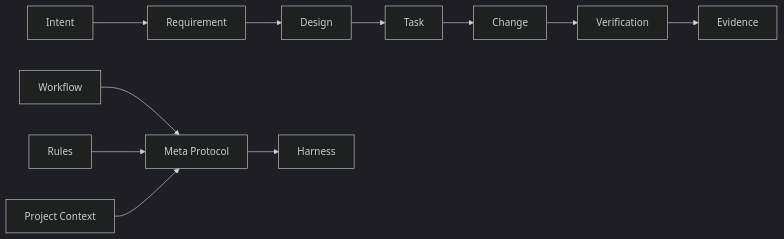
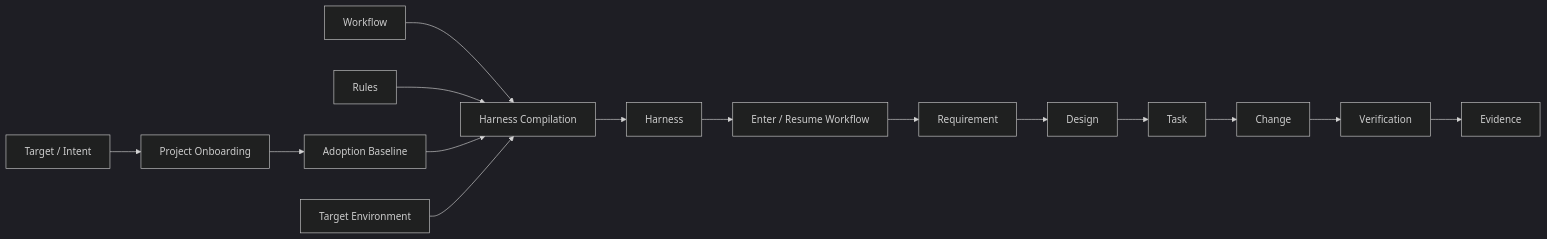
The diagram in README.md (JackSmith111977/Spec-Coding), drawn with Mermaid (dark theme) before and after one commit. The commit also changed other lines of this file, not shown here.

Commit message:
docs: update onboarding-first project usage

````diff
--- a/README.md
+++ b/README.md
@@ -42,14 +42,19 @@
 ```mermaid
 flowchart LR
-    I[Intent] --> R[Requirement]
-    R --> D[Design]
+    I[Target / Intent] --> O[Project Onboarding]
+    O --> A[Adoption Baseline]
+
+    W[Workflow] --> C[Harness Compilation]
+    Q[Rules] --> C
+    A --> C
+    P[Target Environment] --> C
+    C --> H[Harness]
+    H --> R[Enter / Resume Workflow]
+
+    R --> REQ[Requirement]
+    REQ --> D[Design]
     D --> T[Task]
-    T --> C[Change]
-    C --> V[Verification]
+    T --> CH[Change]
+    CH --> V[Verification]
     V --> E[Evidence]
-
-    W[Workflow] --> M[Meta Protocol]
-    Q[Rules] --> M
-    P[Project Context] --> M
-    M --> H[Harness]
 ```
````
